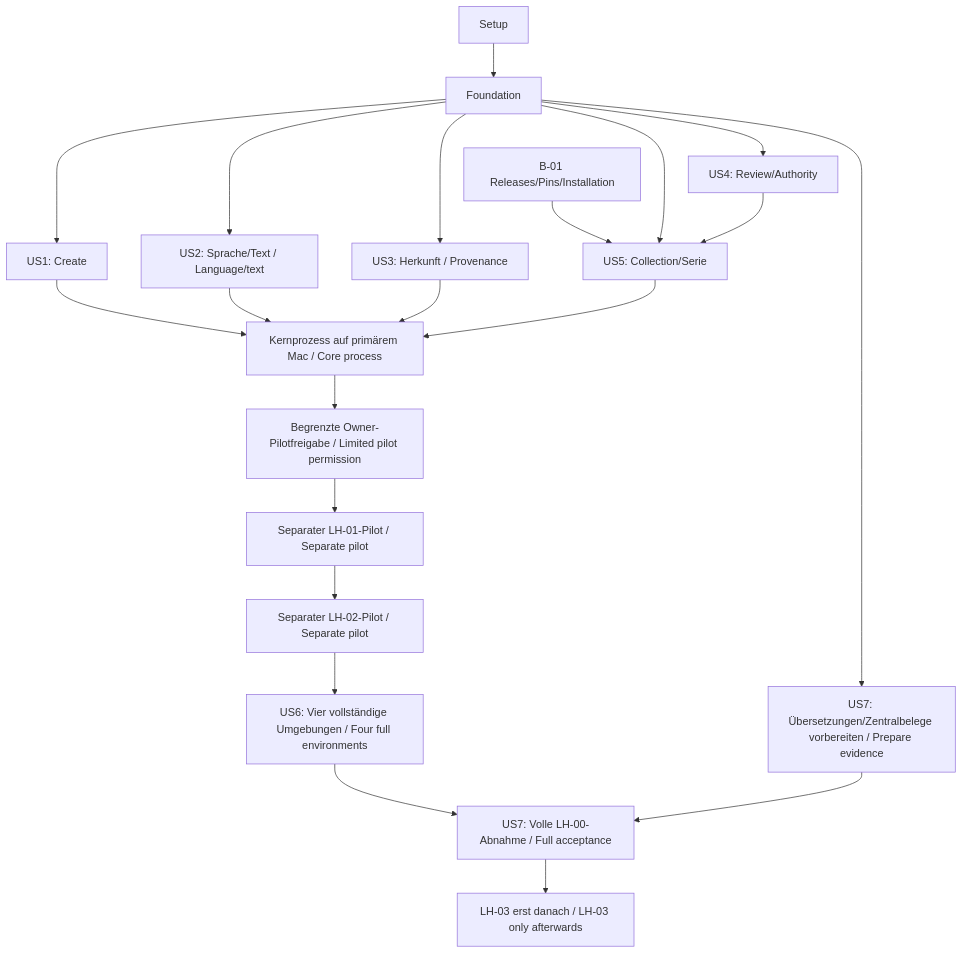
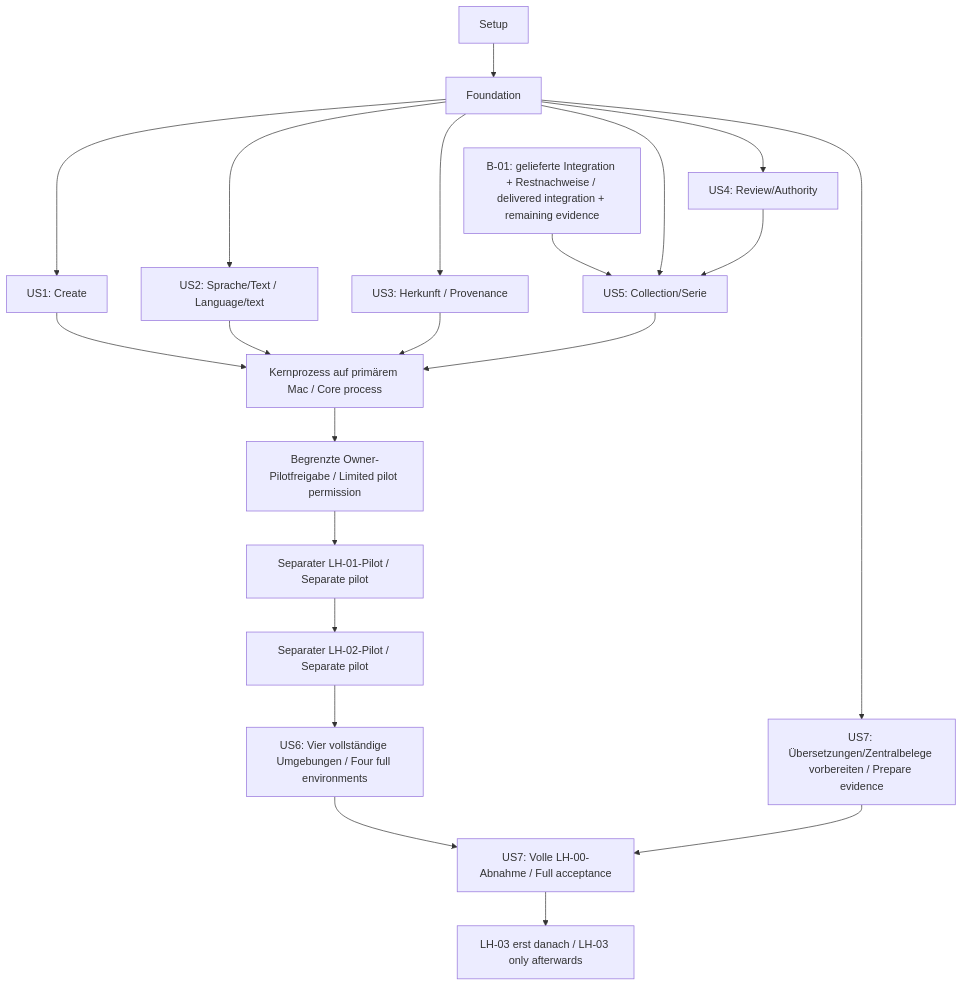
Before and after one commit to hindermath/Show-CommandTui400: the diagram in specs/001-lh00-intake-process/tasks.md, drawn with Mermaid. The commit also changed other lines of this file and 20 other files, not shown here.

````diff
--- a/specs/001-lh00-intake-process/tasks.md
+++ b/specs/001-lh00-intake-process/tasks.md
@@ -293,23 +297,23 @@
 ```mermaid
 flowchart TD
     S["Setup"] --> F["Foundation"]
     F --> U1["US1: Create"]
     F --> U2["US2: Sprache/Text / Language/text"]
     F --> U3["US3: Herkunft / Provenance"]
     F --> U4["US4: Review/Authority"]
-    R["B-01 Releases/Pins/Installation"] --> U5["US5: Collection/Serie"]
+    R["B-01: gelieferte Integration + Restnachweise / delivered integration + remaining evidence"] --> U5["US5: Collection/Serie"]
     F --> U5
     U4 --> U5
     U1 --> K["Kernprozess auf primärem Mac / Core process"]
     U2 --> K
     U3 --> K
     U5 --> K
     K --> P["Begrenzte Owner-Pilotfreigabe / Limited pilot permission"]
     P --> L1["Separater LH-01-Pilot / Separate pilot"]
     L1 --> L2["Separater LH-02-Pilot / Separate pilot"]
     L2 --> U6["US6: Vier vollständige Umgebungen / Four full environments"]
     F --> V["US7: Übersetzungen/Zentralbelege vorbereiten / Prepare evidence"]
     U6 --> A["US7: Volle LH-00-Abnahme / Full acceptance"]
     V --> A
     A --> L3["LH-03 erst danach / LH-03 only afterwards"]
 ```
````
